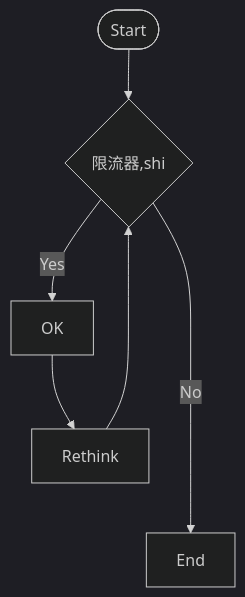
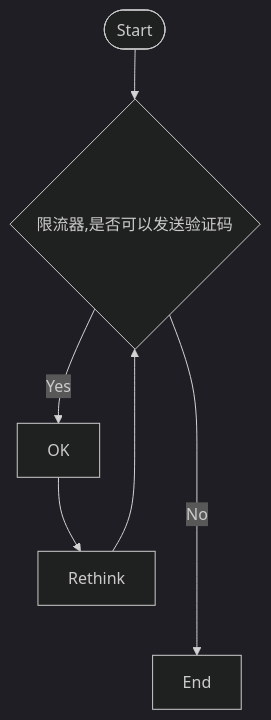
One commit to yingjianzh/iodraw-files changed the diagram in all/未命名-5.md. Above: the diagram before and after it, drawn with Mermaid (dark theme).

Commit message:
2024-08-08 17:58:41 update

````diff
--- a/all/未命名-5.md
+++ b/all/未命名-5.md
@@ -1,8 +1,8 @@
 ```mermaid
 flowchart TD
-    id1([Start]) --> B{限流器,shi}
+    id1([Start]) --> B{限流器,是否可以发送验证码}
     B -- Yes --> C[OK]
     C --> D[Rethink]
     D --> B
     B -- No ----> E[End]
 ```
````
